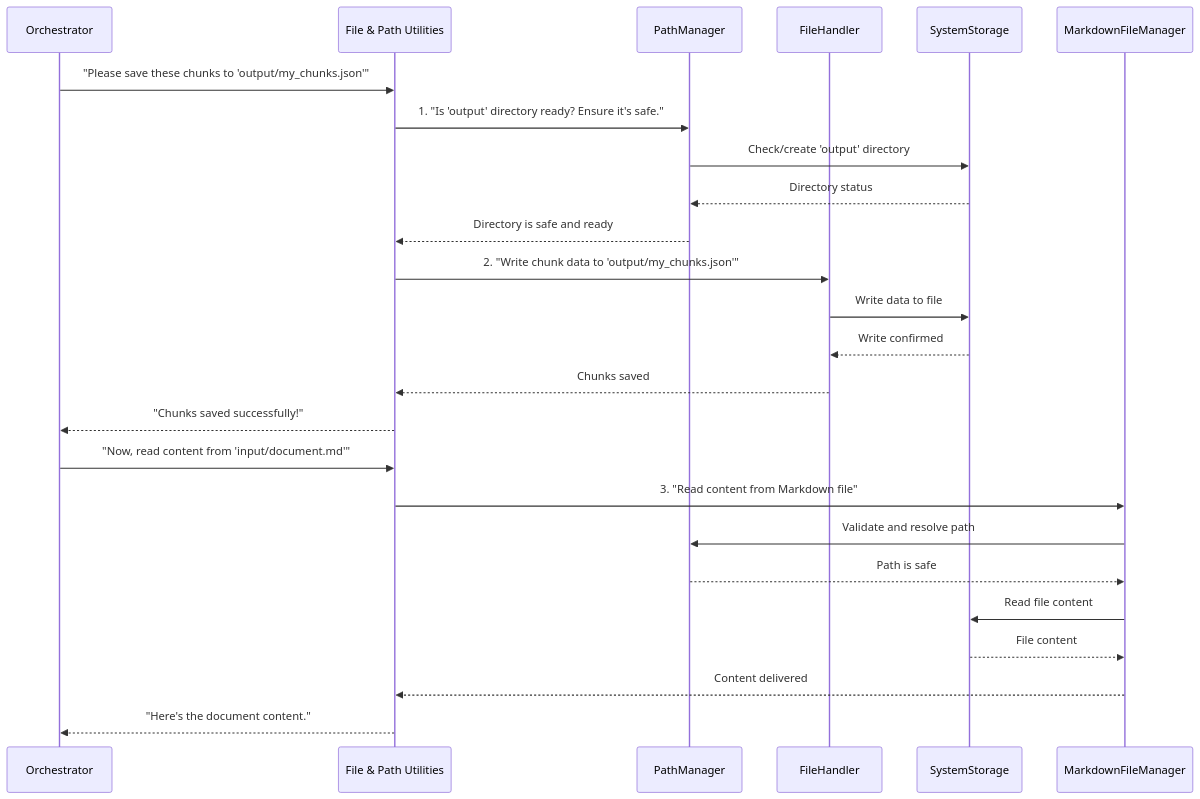
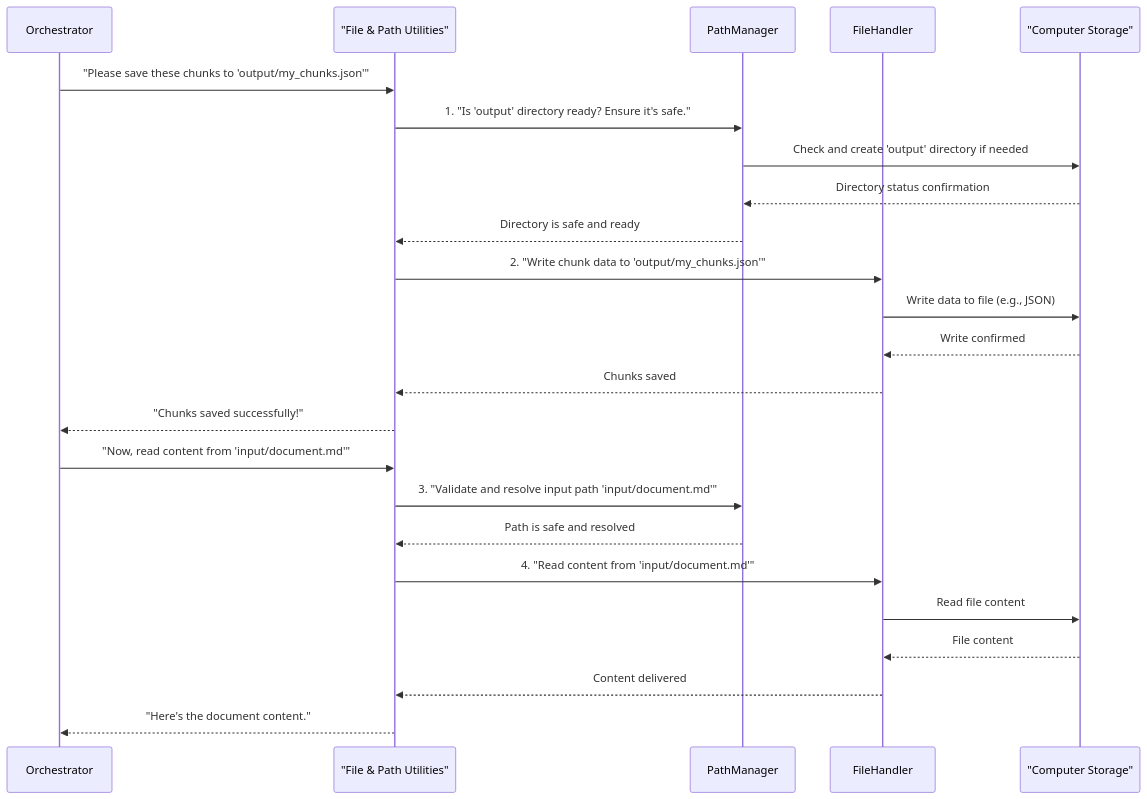
Before and after one commit to ai-rio/chuncking-system: the diagram in docs/tutorial/Chapter 7: File & Path Utilities.md, drawn with Mermaid. The commit also changed other lines of this file and 15 other files, not shown here.

Commit message:
feat(chunkers): simplify code detection in ChunkQualityEvaluator docs: add tutorial documentation for chunking system

````diff
--- a/docs/tutorial/Chapter 7: File & Path Utilities.md
+++ b/docs/tutorial/Chapter 7: File & Path Utilities.md
@@ -170,28 +171,28 @@
 ```mermaid
 sequenceDiagram
     participant Orchestrator
-    participant FileUtilities as File & Path Utilities
+    participant FileUtils as "File & Path Utilities"
     participant PathManager
     participant FileHandler
-    participant SystemStorage
+    participant SystemStorage as "Computer Storage"
 
-    Orchestrator->>FileUtilities: "Please save these chunks to 'output/my_chunks.json'"
-    FileUtilities->>PathManager: 1. "Is 'output' directory ready? Ensure it's safe."
-    PathManager->>SystemStorage: Check/create 'output' directory
-    SystemStorage-->>PathManager: Directory status
-    PathManager-->>FileUtilities: Directory is safe and ready
-    FileUtilities->>FileHandler: 2. "Write chunk data to 'output/my_chunks.json'"
-    FileHandler->>SystemStorage: Write data to file
+    Orchestrator->>FileUtils: "Please save these chunks to 'output/my_chunks.json'"
+    FileUtils->>PathManager: 1. "Is 'output' directory ready? Ensure it's safe."
+    PathManager->>SystemStorage: Check and create 'output' directory if needed
+    SystemStorage-->>PathManager: Directory status confirmation
+    PathManager-->>FileUtils: Directory is safe and ready
+    FileUtils->>FileHandler: 2. "Write chunk data to 'output/my_chunks.json'"
+    FileHandler->>SystemStorage: Write data to file (e.g., JSON)
     SystemStorage-->>FileHandler: Write confirmed
-    FileHandler-->>FileUtilities: Chunks saved
-    FileUtilities-->>Orchestrator: "Chunks saved successfully!"
+    FileHandler-->>FileUtils: Chunks saved
+    FileUtils-->>Orchestrator: "Chunks saved successfully!"
     
-    Orchestrator->>FileUtilities: "Now, read content from 'input/document.md'"
-    FileUtilities->>MarkdownFileManager: 3. "Read content from Markdown file"
-    MarkdownFileManager->>PathManager: Validate and resolve path
-    PathManager-->>MarkdownFileManager: Path is safe
-    MarkdownFileManager->>SystemStorage: Read file content
-    SystemStorage-->>MarkdownFileManager: File content
-    MarkdownFileManager-->>FileUtilities: Content delivered
-    FileUtilities-->>Orchestrator: "Here's the document content."
+    Orchestrator->>FileUtils: "Now, read content from 'input/document.md'"
+    FileUtils->>PathManager: 3. "Validate and resolve input path 'input/document.md'"
+    PathManager-->>FileUtils: Path is safe and resolved
+    FileUtils->>FileHandler: 4. "Read content from 'input/document.md'"
+    FileHandler->>SystemStorage: Read file content
+    SystemStorage-->>FileHandler: File content
+    FileHandler-->>FileUtils: Content delivered
+    FileUtils-->>Orchestrator: "Here's the document content."
 ```
````
